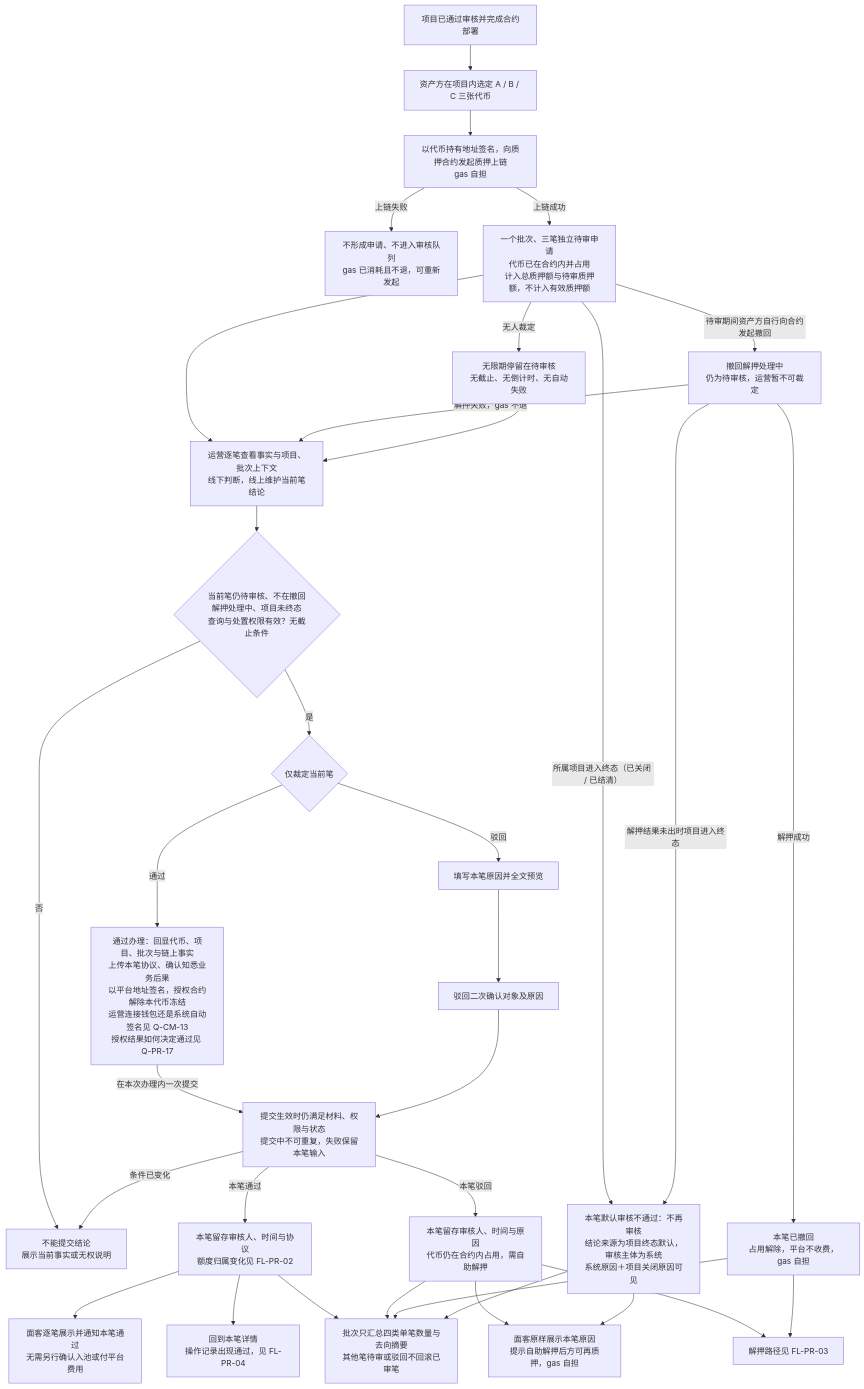
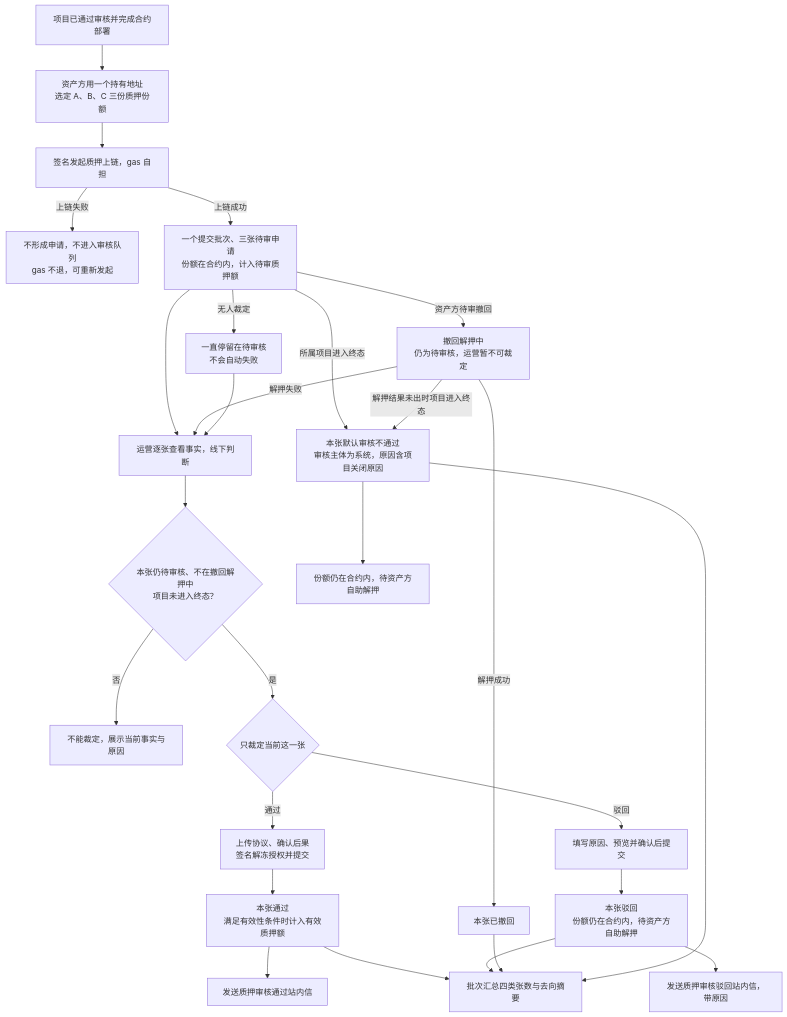
One commit to wxblockchain/Chain-Financing changed the first of 5 diagrams in lending-platform/PRD/运营端/06-代币质押审核/02-代币质押审核-流程图与状态机.md. Above: the diagram before and after it, drawn with Mermaid. The commit also changed other lines of this file and 5 other files, not shown here.

````diff
--- a/lending-platform/PRD/运营端/06-代币质押审核/02-代币质押审核-流程图与状态机.md
+++ b/lending-platform/PRD/运营端/06-代币质押审核/02-代币质押审核-流程图与状态机.md
@@ -24,36 +19,29 @@
 ```mermaid
 flowchart TD
-  S["项目已通过审核并完成合约部署"] --> A["资产方在项目内选定 A / B / C 三张代币"]
-  A --> T["以代币持有地址签名，向质押合约发起质押上链<br/>gas 自担"]
-  T -- "上链失败" --> TF["不形成申请、不进入审核队列<br/>gas 已消耗且不退，可重新发起"]
-  T -- "上链成功" --> B["一个批次、三笔独立待审申请<br/>代币已在合约内并占用<br/>计入总质押额与待审质押额，不计入有效质押额"]
-  B --> C["运营逐笔查看事实与项目、批次上下文<br/>线下判断，线上维护当前笔结论"]
-  C --> D{"当前笔仍待审核、不在撤回解押处理中、项目未终态<br/>查询与处置权限有效？无截止条件"}
-  D -- "否" --> E["不能提交结论<br/>展示当前事实或无权说明"]
-  D -- "是" --> F{"仅裁定当前笔"}
-  F -- "通过" --> G["通过办理：回显代币、项目、批次与链上事实<br/>上传本笔协议、确认知悉业务后果<br/>以平台地址签名，授权合约解除本代币冻结<br/>运营连接钱包还是系统自动签名见 Q-CM-13<br/>授权结果如何决定通过见 Q-PR-17"]
-  F -- "驳回" --> H["填写本笔原因并全文预览"]
-  G -- "在本次办理内一次提交" --> I["提交生效时仍满足材料、权限与状态<br/>提交中不可重复，失败保留本笔输入"]
-  H --> R["驳回二次确认对象及原因"]
-  R --> I
-  I -- "条件已变化" --> E
-  I -- "本笔通过" --> J["本笔留存审核人、时间与协议<br/>额度归属变化见 FL-PR-02"]
-  I -- "本笔驳回" --> K["本笔留存审核人、时间与原因<br/>代币仍在合约内占用，需自助解押"]
-  J --> L["面客逐笔展示并通知本笔通过<br/>无需另行确认入池或付平台费用"]
-  K --> M["面客原样展示本笔原因<br/>提示自助解押后方可再质押，gas 自担"]
-  K --> X["解押路径见 FL-PR-03"]
-  B -- "待审期间资产方自行向合约发起撤回" --> RP["撤回解押处理中<br/>仍为待审核，运营暂不可裁定"]
-  RP -- "解押成功" --> N["本笔已撤回<br/>占用解除，平台不收费，gas 自担"]
-  RP -- "解押失败，gas 不退" --> C
-  B -- "所属项目进入终态（已关闭 / 已结清）" --> CL["本笔默认审核不通过：不再审核<br/>结论来源为项目终态默认，审核主体为系统<br/>系统原因＋项目关闭原因可见"]
-  CL --> M
+  S["项目已通过审核并完成合约部署"] --> A["资产方用一个持有地址<br/>选定 A、B、C 三份质押份额"]
+  A --> T["签名发起质押上链，gas 自担"]
+  T -- "上链失败" --> TF["不形成申请，不进入审核队列<br/>gas 不退，可重新发起"]
+  T -- "上链成功" --> B["一个提交批次、三张待审申请<br/>份额在合约内，计入待审质押额"]
+  B --> C["运营逐张查看事实，线下判断"]
+  C --> D{"本张仍待审核、不在撤回解押中<br/>项目未进入终态？"}
+  D -- "否" --> E["不能裁定，展示当前事实与原因"]
+  D -- "是" --> F{"只裁定当前这一张"}
+  F -- "通过" --> G["上传协议、确认后果<br/>签名解冻授权并提交"]
+  F -- "驳回" --> H["填写原因、预览并确认后提交"]
+  G --> J["本张通过<br/>满足有效性条件时计入有效质押额"]
+  H --> K["本张驳回<br/>份额仍在合约内，待资产方自助解押"]
+  J --> L["发送质押审核通过站内信"]
+  K --> M["发送质押审核驳回站内信，带原因"]
+  B -- "资产方待审撤回" --> RP["撤回解押中<br/>仍为待审核，运营暂不可裁定"]
+  RP -- "解押成功" --> N["本张已撤回"]
+  RP -- "解押失败" --> C
+  B -- "所属项目进入终态" --> CL["本张默认审核不通过<br/>审核主体为系统，原因含项目关闭原因"]
   RP -- "解押结果未出时项目进入终态" --> CL
-  N --> X
-  B -- "无人裁定" --> W["无限期停留在待审核<br/>无截止、无倒计时、无自动失败"]
+  CL --> K2["份额仍在合约内，待资产方自助解押"]
+  B -- "无人裁定" --> W["一直停留在待审核<br/>不会自动失败"]
   W --> C
-  J --> V["回到本笔详情<br/>操作记录出现通过，见 FL-PR-04"]
-  J --> Q["批次只汇总四类单笔数量与去向摘要<br/>其他笔待审或驳回不回滚已审笔"]
+  J --> Q["批次汇总四类张数与去向摘要"]
   K --> Q
   N --> Q
   CL --> Q
 ```
````
